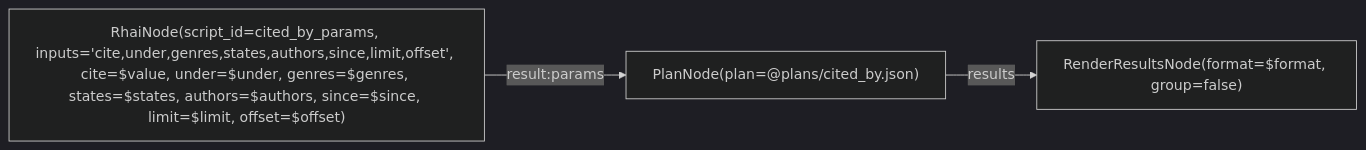
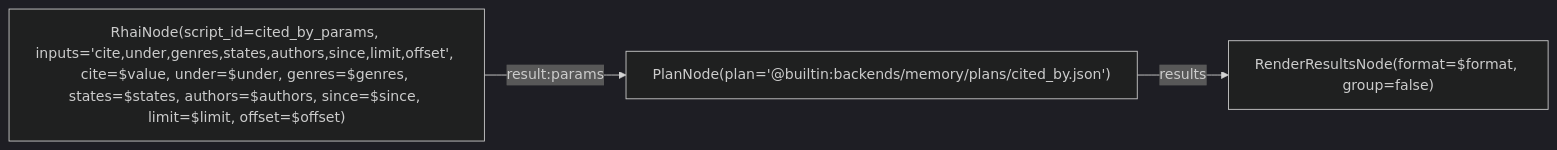
Before and after one commit to L-Defraiteur/rag3db: the diagram in extension/rag3weaver/templates/backends/memory/graphs/cited_by.mmd, drawn with Mermaid (dark theme). The commit also changed 1 other file, not shown here.

Commit message:
fix(outils): un paramètre json dont le défaut est une liste attend une liste dans le schéma de l'outil — typé object d'office, cited_by refusait ses genres et place ses motifs ; cited_by cite son Plan livré par @builtin:

```diff
--- a/extension/rag3weaver/templates/backends/memory/graphs/cited_by.mmd
+++ b/extension/rag3weaver/templates/backends/memory/graphs/cited_by.mmd
@@ -1,19 +1,19 @@
 %% tool: cited_by
 %% description: Les fiches qui citent une chose — un fichier, un dossier, un symbole, un source : celles qui y sont ancrées, et celles dont un apport (L1) la cite. Pour chacune, ses Refs qui répondent et ses apports qui la citent. Les plus récentes d'abord ; le total est compté.
 %% param: value string! -- La valeur citée, en forme normale (ex. 'git:github.com/x/y:src/a.rs', ou 'doc:sources/2026-10-25.md').
 %% param: under bool = true -- Aussi ce qui est dessous : un dossier (valeur + '/'), un fichier et ses symboles (valeur + '#').
 %% param: genres json = [] -- Les genres de Ref gardés (ex. ["path", "symbol"]) ; vide : tous.
 %% param: states json = [] -- Les états de fiche gardés (ex. ["current"]) ; vide : tous.
 %% param: authors json = [] -- Les auteurs de fiche gardés ; vide : tous.
 %% param: since int = 0 -- Les fiches mises à jour depuis cet instant (ms) ; 0 : toutes.
 %% param: limit int = 20 -- Fiches rendues au plus (plafond 200).
 %% param: offset int = 0 -- Fiches sautées, pour la page suivante.
 %% param: format string = "markdown" -- markdown, ou json.
 %% result: render.text
 
 graph LR
     params["RhaiNode(script_id=cited_by_params, inputs='cite,under,genres,states,authors,since,limit,offset', cite=$value, under=$under, genres=$genres, states=$states, authors=$authors, since=$since, limit=$limit, offset=$offset)"]
-    plan["PlanNode(plan=@plans/cited_by.json)"]
+    plan["PlanNode(plan='@builtin:backends/memory/plans/cited_by.json')"]
     render["RenderResultsNode(format=$format, group=false)"]
     params -->|result:params| plan
     plan -->|results| render
```
